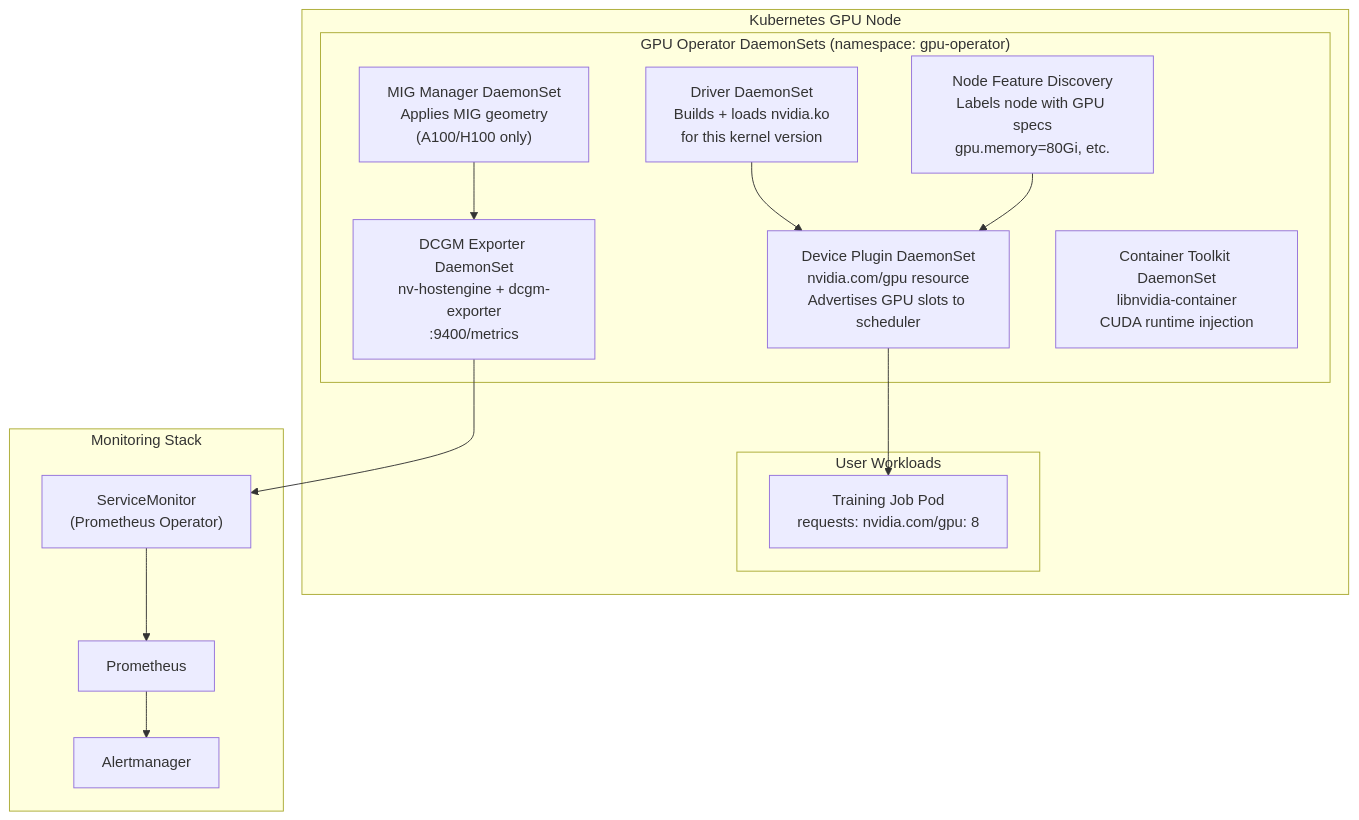
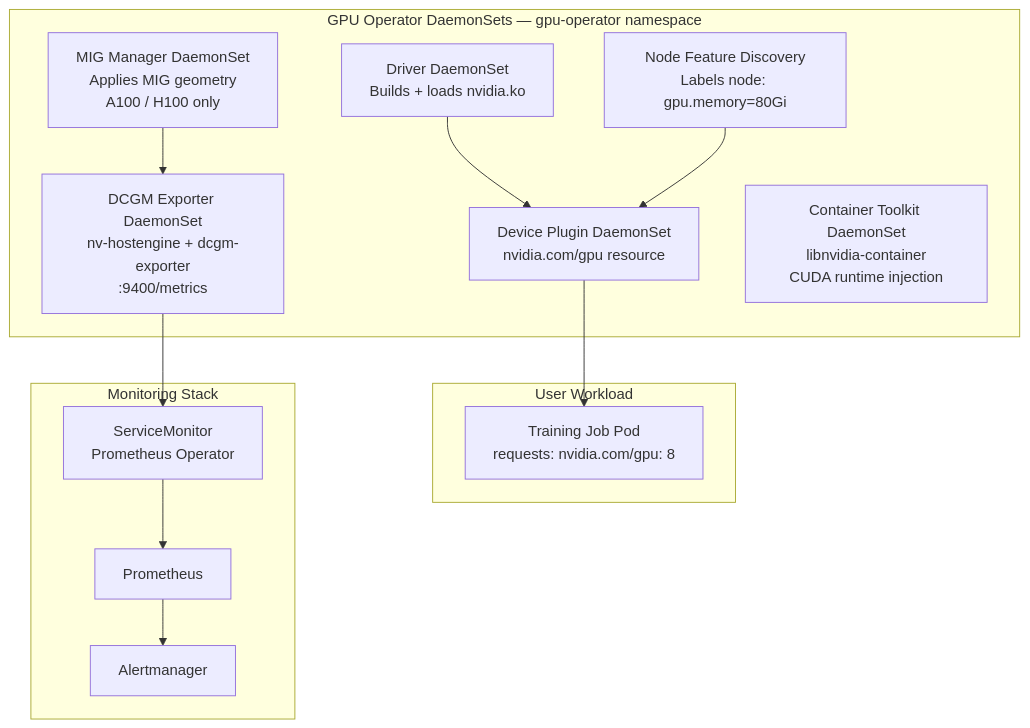
One commit to learntogether6666/learning changed the second of 2 diagrams in AI-Infra/Labs/DCGM-Lab-01.md. Above: the diagram before and after it, drawn with Mermaid. The commit also changed other lines of this file, not shown here.

Commit message:
Fix Mermaid diagrams in DCGM-Lab-01: graph TD → flowchart TD, \n → <br/>, flatten nested subgraphs
Two diagrams were not rendering in VS Code / Obsidian preview:
- graph TD → flowchart TD (better cross-renderer support)
- \n line breaks → <br/> (only <br/> works reliably in node labels)
- Removed nested subgraph-in-subgraph (breaks most renderers)

````diff
--- a/AI-Infra/Labs/DCGM-Lab-01.md
+++ b/AI-Infra/Labs/DCGM-Lab-01.md
@@ -1381,31 +1378,29 @@
 ```mermaid
-graph TD
-    subgraph K8sNode ["Kubernetes GPU Node"]
-        subgraph GPUOp ["GPU Operator DaemonSets (namespace: gpu-operator)"]
-            NFD["Node Feature Discovery\nLabels node with GPU specs\ngpu.memory=80Gi, etc."]
-            DRIVER["Driver DaemonSet\nBuilds + loads nvidia.ko\nfor this kernel version"]
-            DP["Device Plugin DaemonSet\nnvidia.com/gpu resource\nAdvertises GPU slots to scheduler"]
-            DCGMEXP["DCGM Exporter DaemonSet\nnv-hostengine + dcgm-exporter\n:9400/metrics"]
-            MIG["MIG Manager DaemonSet\nApplies MIG geometry\n(A100/H100 only)"]
-            TOOLKIT["Container Toolkit DaemonSet\nlibnvidia-container\nCUDA runtime injection"]
-        end
-        
-        subgraph Workload ["User Workloads"]
-            JOB["Training Job Pod\nrequests: nvidia.com/gpu: 8"]
-        end
+flowchart TD
+    subgraph GPUOp ["GPU Operator DaemonSets — gpu-operator namespace"]
+        NFD["Node Feature Discovery<br/>Labels node: gpu.memory=80Gi"]
+        DRIVER["Driver DaemonSet<br/>Builds + loads nvidia.ko"]
+        DP["Device Plugin DaemonSet<br/>nvidia.com/gpu resource"]
+        DCGMEXP["DCGM Exporter DaemonSet<br/>nv-hostengine + dcgm-exporter<br/>:9400/metrics"]
+        MIG["MIG Manager DaemonSet<br/>Applies MIG geometry<br/>A100 / H100 only"]
+        TOOLKIT["Container Toolkit DaemonSet<br/>libnvidia-container<br/>CUDA runtime injection"]
     end
 
-    subgraph Monitoring["Monitoring Stack"]
-        SM["ServiceMonitor\n(Prometheus Operator)"]
+    subgraph Workload ["User Workload"]
+        JOB["Training Job Pod<br/>requests: nvidia.com/gpu: 8"]
+    end
+
+    subgraph Monitoring ["Monitoring Stack"]
+        SM["ServiceMonitor<br/>Prometheus Operator"]
         PROM["Prometheus"]
         ALERT["Alertmanager"]
     end
 
     DRIVER --> DP
+    NFD --> DP
     DP --> JOB
+    MIG --> DCGMEXP
     DCGMEXP --> SM
     SM --> PROM
     PROM --> ALERT
-    NFD --> DP
-    MIG --> DCGMEXP
 ```
````
